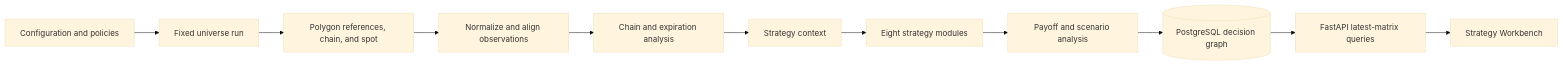
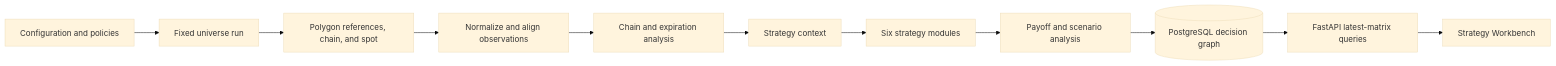
One commit to vchidura/StockScreener changed the diagram in docs/OPTION_PIPELINE_CURRENT_STATE.md. Above: the diagram before and after it, drawn with Mermaid (base theme). The commit also changed other lines of this file and 69 other files, not shown here.

````diff
--- a/docs/OPTION_PIPELINE_CURRENT_STATE.md
+++ b/docs/OPTION_PIPELINE_CURRENT_STATE.md
@@ -68,13 +67,13 @@
 ```mermaid
 flowchart LR
     C[Configuration and policies] --> U[Fixed universe run]
     U --> P[Polygon references, chain, and spot]
     P --> N[Normalize and align observations]
     N --> A[Chain and expiration analysis]
     A --> X[Strategy context]
-   X --> S[Eight strategy modules]
+    X --> S[Six strategy modules]
     S --> R[Payoff and scenario analysis]
     R --> D[(PostgreSQL decision graph)]
     D --> API[FastAPI latest-matrix queries]
     API --> UI[Strategy Workbench]
 ```
````
